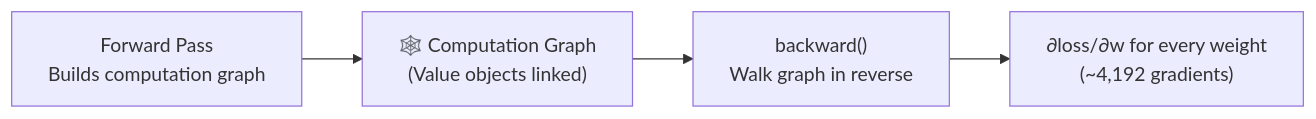
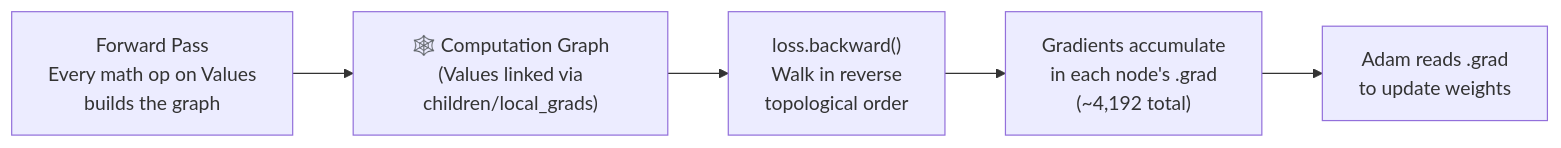
The fourth of 12 diagrams in AI-ML/microGPT-Architecture-Complete.md (rsrini7/Learnings), drawn with Mermaid before and after one commit. The commit also changed other lines of this file, not shown here.

First line of the commit message:
docs: update microGPT architecture documentation formatting and details

````diff
--- a/AI-ML/microGPT-Architecture-Complete.md
+++ b/AI-ML/microGPT-Architecture-Complete.md
@@ -149,6 +152,7 @@
 ```mermaid
 flowchart LR
-    FWD["Forward Pass<br/>Builds computation graph"] --> GRAPH["🕸️ Computation Graph<br/>(Value objects linked)"]
-    GRAPH --> BWD["backward()<br/>Walk graph in reverse"]
-    BWD --> GRAD["∂loss/∂w for every weight<br/>(~4,192 gradients)"]
+    FWD["Forward Pass<br/> Every math op on Values<br/> builds the graph"] --> GRAPH["🕸️ Computation Graph<br/> (Values linked via children/local_grads)"]
+    GRAPH --> BWD["loss.backward()<br/> Walk in reverse<br/> topological order"]
+    BWD --> GRAD["Gradients accumulate<br/> in each node's .grad<br/> (~4,192 total)"]
+    GRAD --> ADAM["Adam reads .grad<br/> to update weights"]
 ```
````
